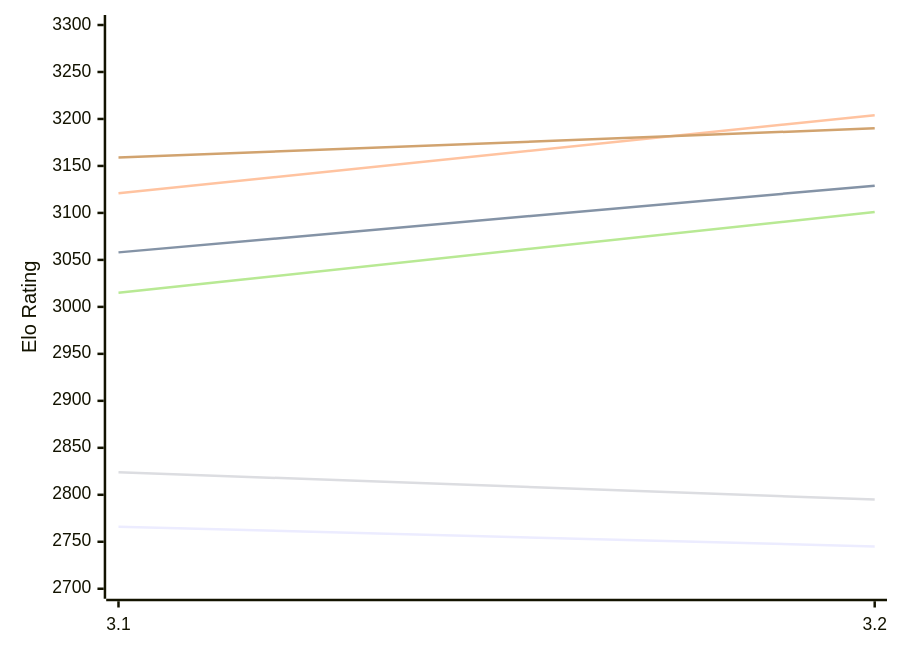
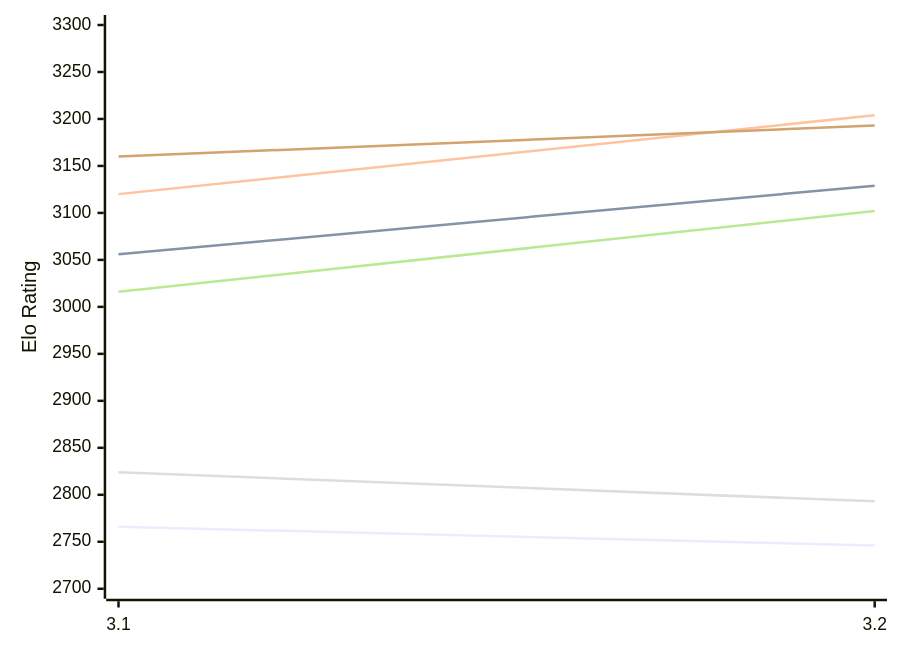
Before and after one commit to computer-chess-index/cci: the first of 2 diagrams in engines/Vajolet2.md, drawn with Mermaid. The commit also changed other lines of this file, not shown here.

Commit message:
Update CCI Ratings (ELO VLTC) - 2026-11-27

````diff
--- a/engines/Vajolet2.md
+++ b/engines/Vajolet2.md
@@ -51,12 +51,12 @@
 ```mermaid
 %%{init: {"theme":"base","themeVariables":{"seriesColors:['#a3a3a3','#222221','#faa371']}}}%%
 xychart-beta
   x-axis ["3.1", "3.2"]
   y-axis "Elo Rating" 2700 --> 3300
-  line "E1: STC (8.0+0.08s)" [2766, 2745]
-  line "E1: LTC (60.0+0.60s)" [3058, 3129]
-  line "E1: VLTC (2m24s+1.12s)" [3121, 3204]
-  line "P1: STC (8.0+0.08s)" [2824, 2795]
-  line "P1: LTC (60.0+0.60s)" [3015, 3101]
-  line "P1: VLTC (2m24s+1.12s)" [3159, 3190]
+  line "E1: STC (8.0+0.08s)" [2766, 2746]
+  line "E1: LTC (60.0+0.60s)" [3056, 3129]
+  line "E1: VLTC (2m24s+1.12s)" [3120, 3204]
+  line "P1: STC (8.0+0.08s)" [2824, 2793]
+  line "P1: LTC (60.0+0.60s)" [3016, 3102]
+  line "P1: VLTC (2m24s+1.12s)" [3160, 3193]
 ```
````
